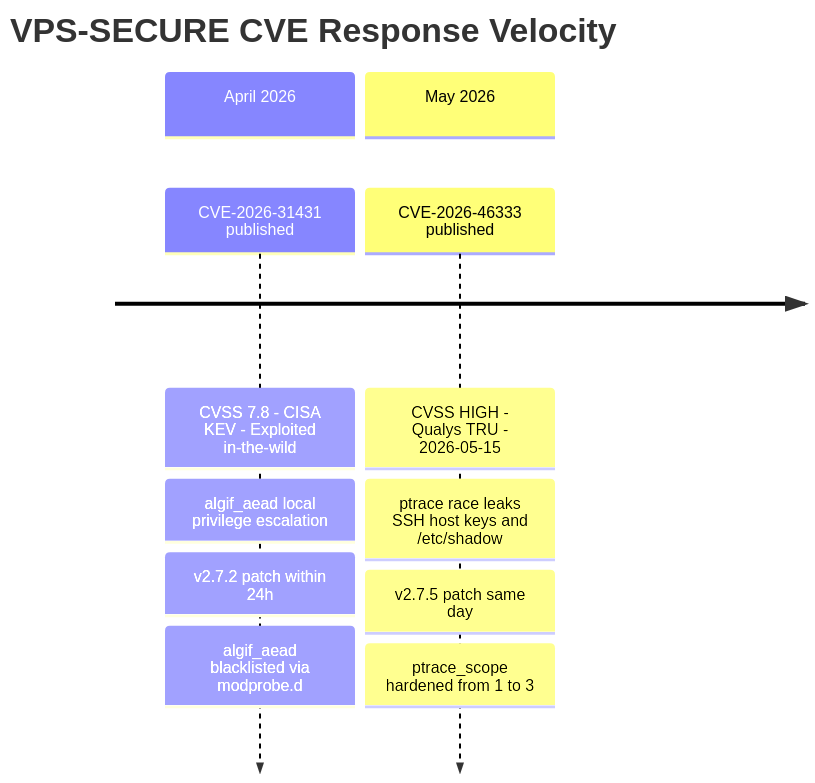
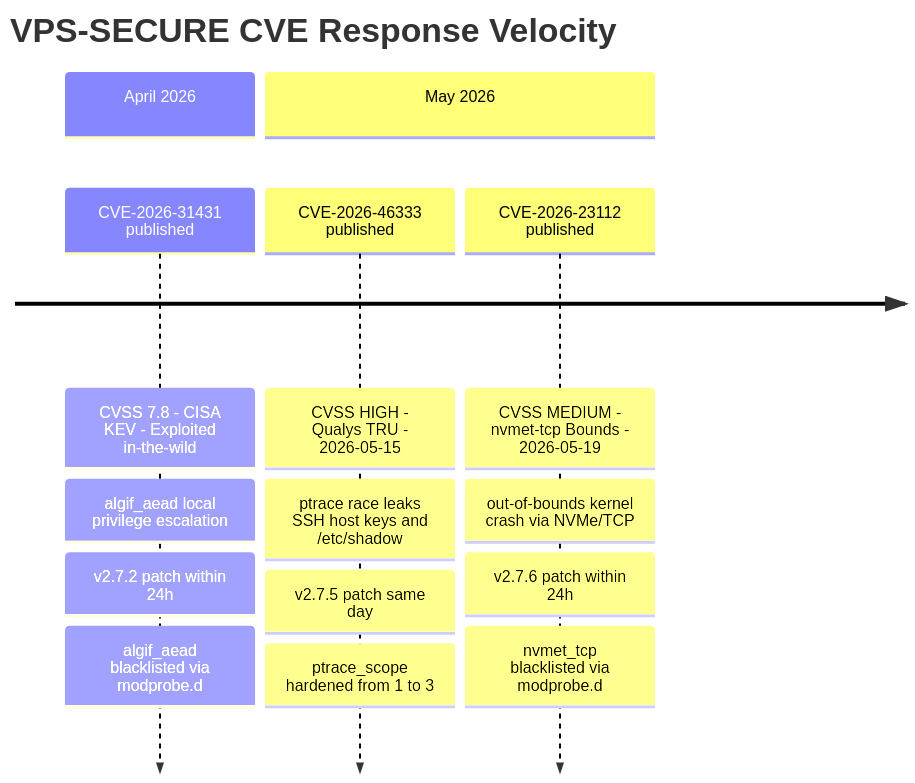
Before and after one commit to rockballslab/vps-secure: the second of 6 diagrams in README.md, drawn with Mermaid. The commit also changed other lines of this file, not shown here.

````diff
--- a/README.md
+++ b/README.md
@@ -202,14 +203,18 @@
 ```mermaid
 timeline
     title VPS-SECURE CVE Response Velocity
     section April 2026
         CVE-2026-31431 published : CVSS 7.8 - CISA KEV - Exploited in-the-wild
                                  : algif_aead local privilege escalation
                                  : v2.7.2 patch within 24h
                                  : algif_aead blacklisted via modprobe.d
     section May 2026
         CVE-2026-46333 published : CVSS HIGH - Qualys TRU - 2026-05-15
                                  : ptrace race leaks SSH host keys and /etc/shadow
                                  : v2.7.5 patch same day
                                  : ptrace_scope hardened from 1 to 3
+        CVE-2026-23112 published : CVSS MEDIUM - nvmet-tcp Bounds - 2026-05-19
+                                 : out-of-bounds kernel crash via NVMe/TCP
+                                 : v2.7.6 patch within 24h
+                                 : nvmet_tcp blacklisted via modprobe.d
 ```
````
